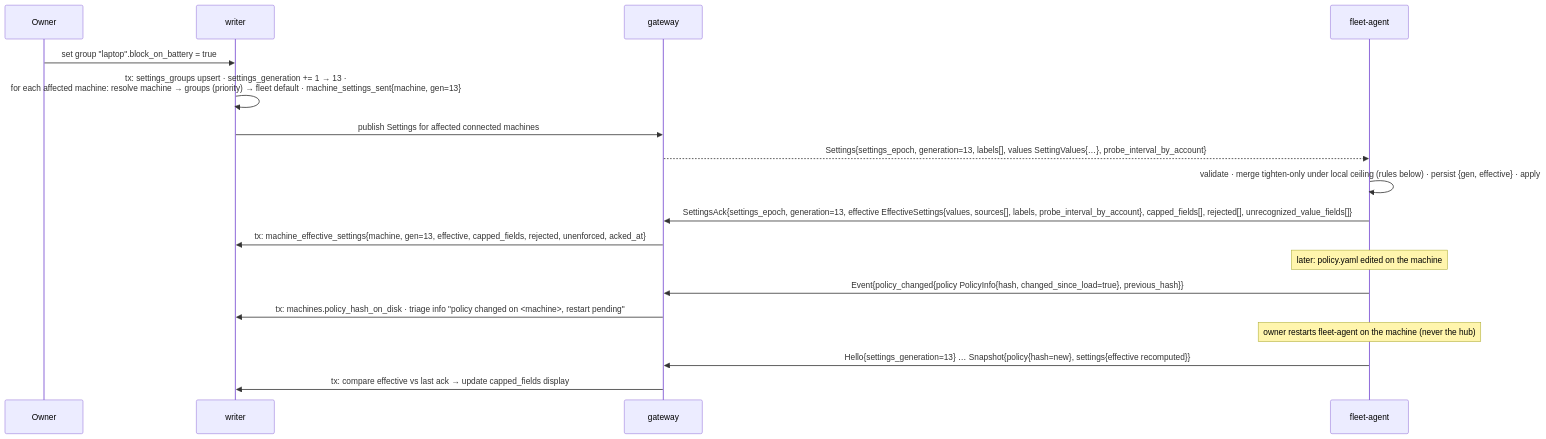
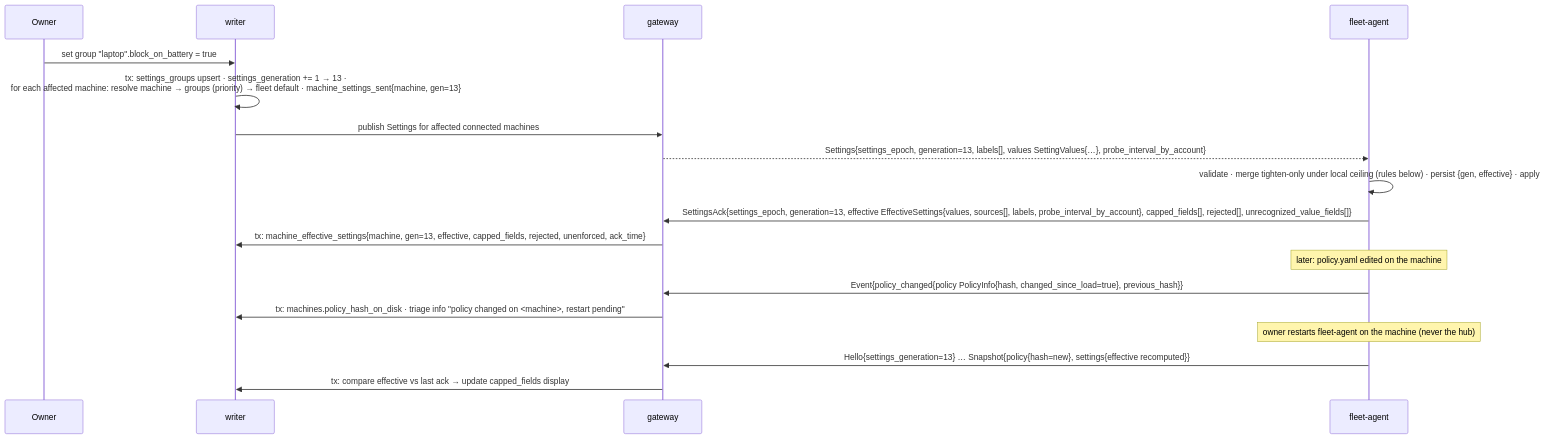
Before and after one commit to linuxdynasty/fleet-board: the first of 4 diagrams in docs/specs/03e-settings-and-drift.md, drawn with Mermaid. The commit also changed other lines of this file and 19 other files, not shown here.

````diff
--- a/docs/specs/03e-settings-and-drift.md
+++ b/docs/specs/03e-settings-and-drift.md
@@ -16,20 +16,20 @@
 ```mermaid
 sequenceDiagram
   participant O as Owner
   participant W as writer
   participant G as gateway
   participant A as fleet-agent
   O->>W: set group "laptop".block_on_battery = true
   W->>W: tx: settings_groups upsert · settings_generation += 1 → 13 ·<br/>for each affected machine: resolve machine → groups (priority) → fleet default · machine_settings_sent{machine, gen=13}
   W->>G: publish Settings for affected connected machines
   G-->>A: Settings{settings_epoch, generation=13, labels[], values SettingValues{…}, probe_interval_by_account}
   A->>A: validate · merge tighten-only under local ceiling (rules below) · persist {gen, effective} · apply
   A->>G: SettingsAck{settings_epoch, generation=13, effective EffectiveSettings{values, sources[], labels, probe_interval_by_account}, capped_fields[], rejected[], unrecognized_value_fields[]}
-  G->>W: tx: machine_effective_settings{machine, gen=13, effective, capped_fields, rejected, unenforced, acked_at}
+  G->>W: tx: machine_effective_settings{machine, gen=13, effective, capped_fields, rejected, unenforced, ack_time}
   Note over A: later: policy.yaml edited on the machine
   A->>G: Event{policy_changed{policy PolicyInfo{hash, changed_since_load=true}, previous_hash}}
   G->>W: tx: machines.policy_hash_on_disk · triage info "policy changed on <machine>, restart pending"
   Note over A: owner restarts fleet-agent on the machine (never the hub)
   A->>G: Hello{settings_generation=13} … Snapshot{policy{hash=new}, settings{effective recomputed}}
   G->>W: tx: compare effective vs last ack → update capped_fields display
 ```
````
